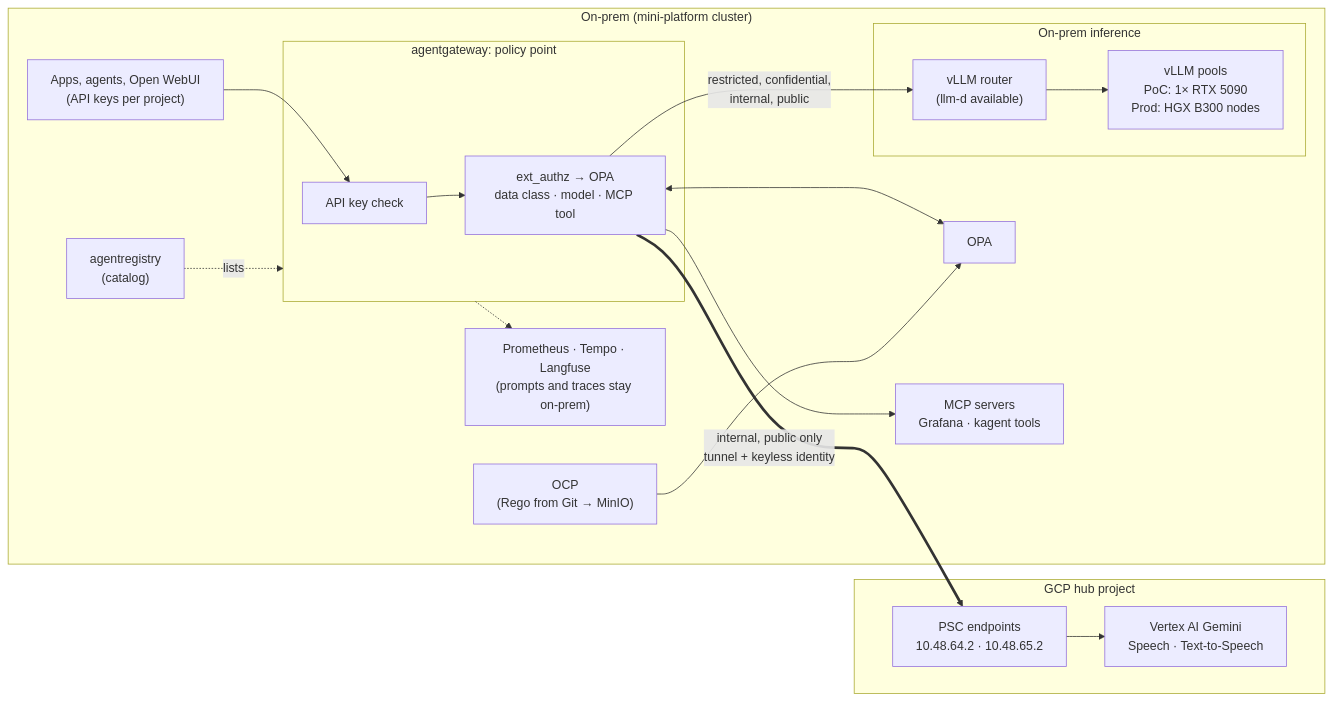
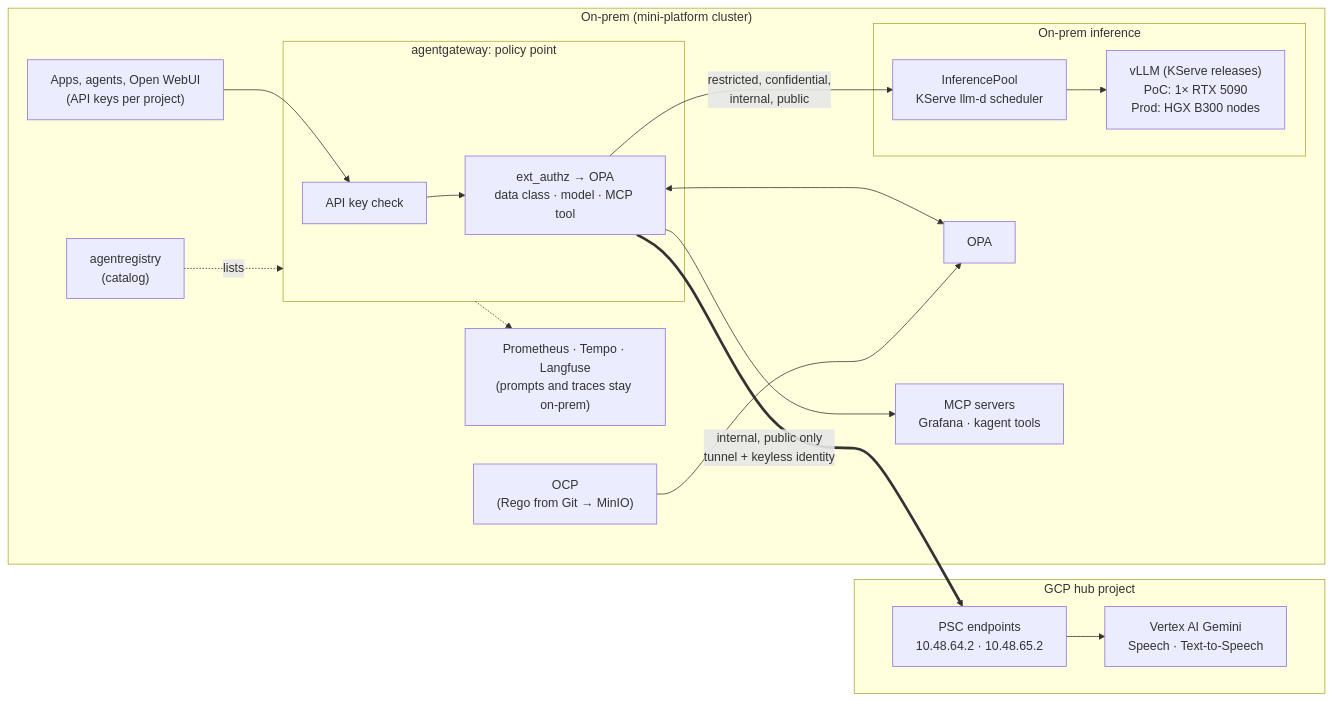
One commit to nolimitkun/mini-cloud changed the diagram in docs/gcp/ai-inference.md. Above: the diagram before and after it, drawn with Mermaid. The commit also changed other lines of this file, not shown here.

First line of the commit message:
docs(gcp): on-prem models are KServe releases from the onboarding pipeline (#34)

````diff
--- a/docs/gcp/ai-inference.md
+++ b/docs/gcp/ai-inference.md
@@ -44,32 +47,32 @@
 ```mermaid
 flowchart LR
     subgraph onprem["On-prem (mini-platform cluster)"]
         apps["Apps, agents, Open WebUI<br/>(API keys per project)"]
         subgraph gwbox["agentgateway: policy point"]
             keys["API key check"]
             authz["ext_authz → OPA<br/>data class · model · MCP tool"]
         end
         opa["OPA"]
         ocp["OCP<br/>(Rego from Git → MinIO)"]
         reg["agentregistry<br/>(catalog)"]
         mcp["MCP servers<br/>Grafana · kagent tools"]
         subgraph tier1["On-prem inference"]
-            sched["vLLM router<br/>(llm-d available)"]
-            vllm["vLLM pools<br/>PoC: 1× RTX 5090<br/>Prod: HGX B300 nodes"]
+            sched["InferencePool<br/>KServe llm-d scheduler"]
+            vllm["vLLM (KServe releases)<br/>PoC: 1× RTX 5090<br/>Prod: HGX B300 nodes"]
         end
         obs["Prometheus · Tempo · Langfuse<br/>(prompts and traces stay on-prem)"]
     end
     subgraph gcp["GCP hub project"]
         psc["PSC endpoints<br/>10.48.64.2 · 10.48.65.2"]
         vertex["Vertex AI Gemini<br/>Speech · Text-to-Speech"]
     end
 
     apps --> keys --> authz
     authz <--> opa
     ocp --> opa
     reg -.->|"lists"| gwbox
     authz -->|"restricted, confidential,<br/>internal, public"| sched --> vllm
     authz ==>|"internal, public only<br/>tunnel + keyless identity"| psc --> vertex
     authz --> mcp
     gwbox -.-> obs
 ```
````
